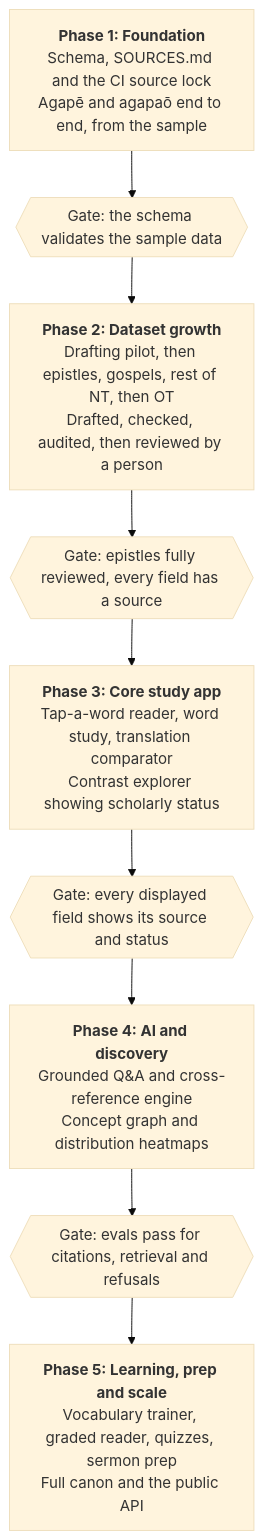
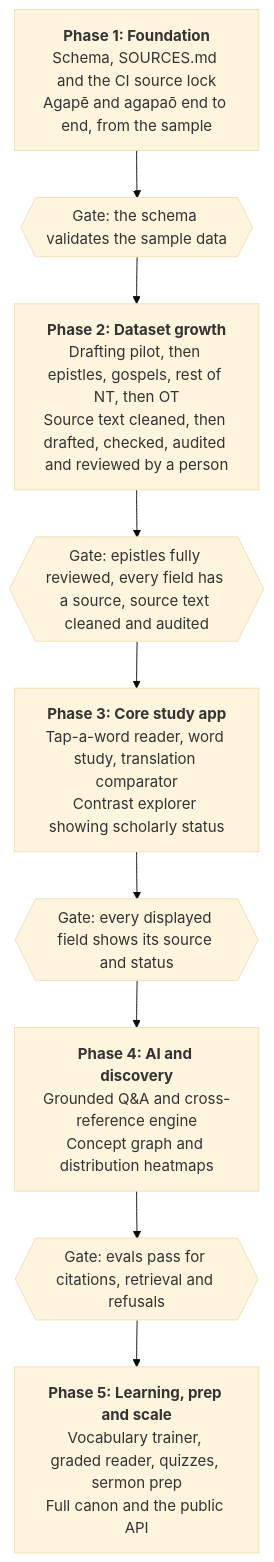
The second of 2 diagrams in docs/spec.md (schneiBoy/lexicon-graph), drawn with Mermaid (base theme) before and after one commit. The commit also changed other lines of this file and 1 other file, not shown here.

Commit message:
Plan: add source cleanup and a quality bar for entering the graph and RAG index
Adds the cleanup steps for the OCR'd sources (answer key, multi-reading vote,
closed vocabularies, vision-model pass, sampled image audit), the conditions a
lemma must meet before entering the graph or RAG index, and the new order of
work. Spec updated to match.

Claude-Session: https://claude.ai/code/session_01LwGsnvufXd38skJopfbQm8

````diff
--- a/docs/spec.md
+++ b/docs/spec.md
@@ -358,13 +359,13 @@
 ```mermaid
 flowchart TD
   P1["<b>Phase 1: Foundation</b><br/>Schema, SOURCES.md and the CI source lock<br/>Agapē and agapaō end to end, from the sample"]
   G1{{"Gate: the schema validates the sample data"}}
-  P2["<b>Phase 2: Dataset growth</b><br/>Drafting pilot, then epistles, gospels, rest of NT, then OT<br/>Drafted, checked, audited, then reviewed by a person"]
-  G2{{"Gate: epistles fully reviewed, every field has a source"}}
+  P2["<b>Phase 2: Dataset growth</b><br/>Drafting pilot, then epistles, gospels, rest of NT, then OT<br/>Source text cleaned, then drafted, checked, audited and reviewed by a person"]
+  G2{{"Gate: epistles fully reviewed, every field has a source, source text cleaned and audited"}}
   P3["<b>Phase 3: Core study app</b><br/>Tap-a-word reader, word study, translation comparator<br/>Contrast explorer showing scholarly status"]
   G3{{"Gate: every displayed field shows its source and status"}}
   P4["<b>Phase 4: AI and discovery</b><br/>Grounded Q&A and cross-reference engine<br/>Concept graph and distribution heatmaps"]
   G4{{"Gate: evals pass for citations, retrieval and refusals"}}
   P5["<b>Phase 5: Learning, prep and scale</b><br/>Vocabulary trainer, graded reader, quizzes, sermon prep<br/>Full canon and the public API"]
   P1 --> G1 --> P2 --> G2 --> P3 --> G3 --> P4 --> G4 --> P5
 ```
````
